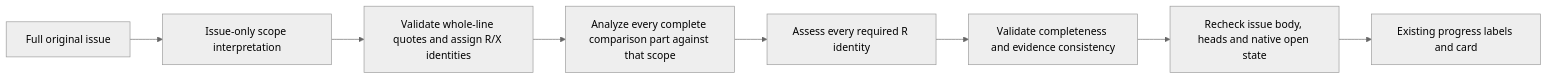
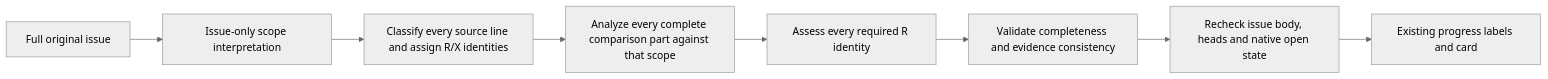
One commit to vypdev/copilot changed the fifth of 5 diagrams in specs/semantic-github-publication-and-notification.md. Above: the diagram before and after it, drawn with Mermaid (neutral theme). The commit also changed other lines of this file and 14 other files, not shown here.

Commit message:
bugfix-717-progress-assessment-turns-separate-debt-and-excluded-device-tests-into-completion-requirements: verify every issue source line before assessment (#717)

````diff
--- a/specs/semantic-github-publication-and-notification.md
+++ b/specs/semantic-github-publication-and-notification.md
@@ -2072,10 +2072,10 @@
 ```mermaid
 flowchart LR
     I[Full original issue] --> S[Issue-only scope interpretation]
-    S --> V[Validate whole-line quotes and assign R/X identities]
+    S --> V[Classify every source line and assign R/X identities]
     V --> P[Analyze every complete comparison part against that scope]
     P --> A[Assess every required R identity]
     A --> F[Validate completeness and evidence consistency]
     F --> G[Recheck issue body, heads and native open state]
     G --> U[Existing progress labels and card]
 ```
````
